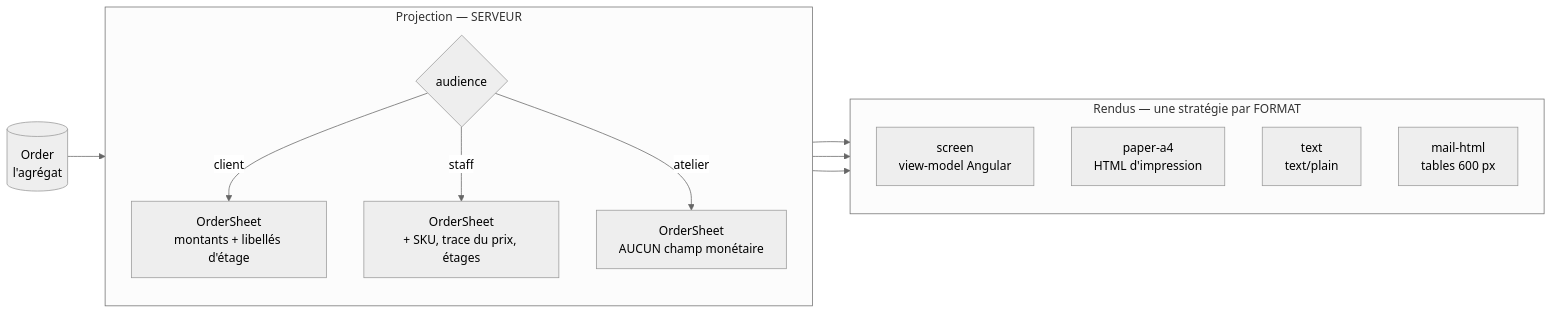
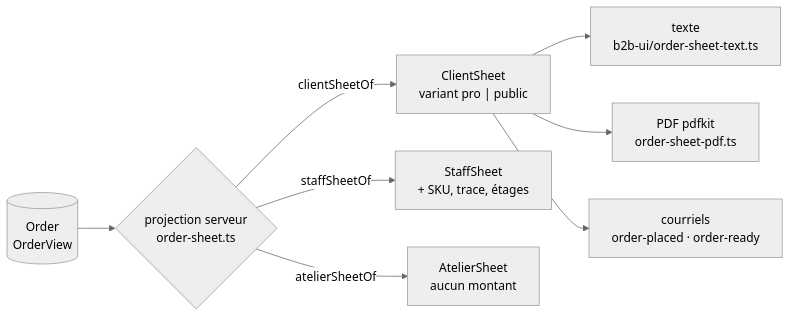
The diagram in documentation/order/architecture-bon-de-commande.md (hugoheynard/lfd), drawn with Mermaid (neutral theme) before and after one commit. The commit also changed other lines of this file and 19 other files, not shown here.

````diff
--- a/documentation/order/architecture-bon-de-commande.md
+++ b/documentation/order/architecture-bon-de-commande.md
@@ -97,23 +28,10 @@
 ```mermaid
 flowchart LR
-  Order[("Order<br/>l'agrégat")] --> Projection
-
-  subgraph Projection["Projection — SERVEUR"]
-    direction TB
-    Aud{"audience"}
-    Aud -->|client| Pc["OrderSheet<br/>montants + libellés d'étage"]
-    Aud -->|staff| Ps["OrderSheet<br/>+ SKU, trace du prix, étages"]
-    Aud -->|atelier| Pa["OrderSheet<br/>AUCUN champ monétaire"]
-  end
-
-  Pc --> R
-  Ps --> R
-  Pa --> R
-
-  subgraph R["Rendus — une stratégie par FORMAT"]
-    Ecran["screen<br/>view-model Angular"]
-    A4["paper-a4<br/>HTML d'impression"]
-    Txt["text<br/>text/plain"]
-    Mail["mail-html<br/>tables 600 px"]
-  end
+  O[("Order<br/>OrderView")] --> P{"projection serveur<br/>order-sheet.ts"}
+  P -->|"clientSheetOf"| C["ClientSheet<br/>variant pro | public"]
+  P -->|"staffSheetOf"| S["StaffSheet<br/>+ SKU, trace, étages"]
+  P -->|"atelierSheetOf"| A["AtelierSheet<br/>aucun montant"]
+  C --> T["texte<br/>b2b-ui/order-sheet-text.ts"]
+  C --> PDF["PDF pdfkit<br/>order-sheet-pdf.ts"]
+  C --> M["courriels<br/>order-placed · order-ready"]
 ```
````
